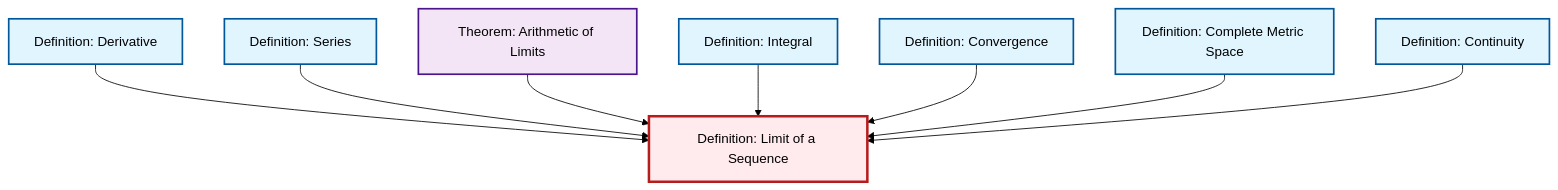
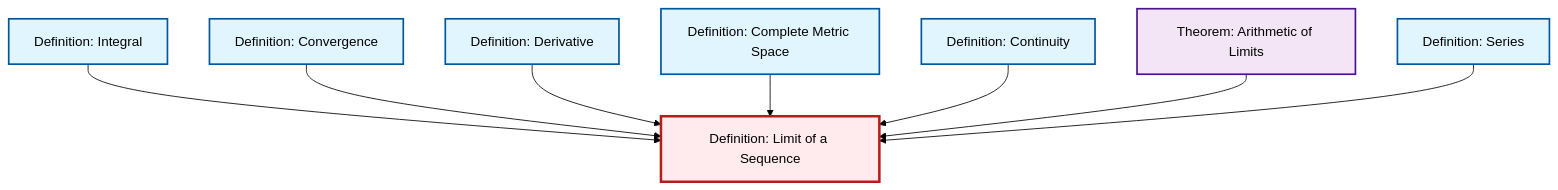
The diagram in content/en/analysis/def-limit.qmd (RK0429/ModernMath), drawn with Mermaid (forest theme) before and after one commit. The commit also changed other lines of this file and 497 other files, not shown here.

````diff
--- a/content/en/analysis/def-limit.qmd
+++ b/content/en/analysis/def-limit.qmd
@@ -48,32 +48,32 @@
 ```{mermaid}
 %%| fig-cap: "Local dependency graph"
 graph TD
     classDef definition fill:#e1f5fe,stroke:#01579b,stroke-width:2px
     classDef theorem fill:#f3e5f5,stroke:#4a148c,stroke-width:2px
     classDef axiom fill:#fff3e0,stroke:#e65100,stroke-width:2px
     classDef example fill:#e8f5e9,stroke:#1b5e20,stroke-width:2px
     classDef current fill:#ffebee,stroke:#b71c1c,stroke-width:3px
+    def-limit["Definition: Limit of a Sequence"]:::definition
+    def-series["Definition: Series"]:::definition
+    def-convergence["Definition: Convergence"]:::definition
+    def-complete-metric-space["Definition: Complete Metric Space"]:::definition
+    def-integral["Definition: Integral"]:::definition
     def-derivative["Definition: Derivative"]:::definition
+    def-continuity["Definition: Continuity"]:::definition
     thm-limit-arithmetic["Theorem: Arithmetic of Limits"]:::theorem
-    def-convergence["Definition: Convergence"]:::definition
-    def-series["Definition: Series"]:::definition
-    def-continuity["Definition: Continuity"]:::definition
-    def-limit["Definition: Limit of a Sequence"]:::definition
-    def-integral["Definition: Integral"]:::definition
-    def-complete-metric-space["Definition: Complete Metric Space"]:::definition
-    def-derivative --> def-limit
-    def-series --> def-limit
-    thm-limit-arithmetic --> def-limit
     def-integral --> def-limit
     def-convergence --> def-limit
+    def-derivative --> def-limit
     def-complete-metric-space --> def-limit
     def-continuity --> def-limit
+    thm-limit-arithmetic --> def-limit
+    def-series --> def-limit
     class def-limit current
+    click def-series "def-series.html" "Go to Series definition"
+    click def-convergence "def-convergence.html" "Go to Convergence definition"
+    click def-complete-metric-space "def-complete-metric-space.html" "Go to Complete Metric Space definition"
+    click def-integral "def-integral.html" "Go to Integral definition"
     click def-derivative "def-derivative.html" "Go to Derivative definition"
+    click def-continuity "def-continuity.html" "Go to Continuity definition"
     click thm-limit-arithmetic "thm-limit-arithmetic.html" "Go to Arithmetic of Limits theorem"
-    click def-convergence "def-convergence.html" "Go to Convergence definition"
-    click def-series "def-series.html" "Go to Series definition"
-    click def-continuity "def-continuity.html" "Go to Continuity definition"
-    click def-integral "def-integral.html" "Go to Integral definition"
-    click def-complete-metric-space "def-complete-metric-space.html" "Go to Complete Metric Space definition"
 ```
````
